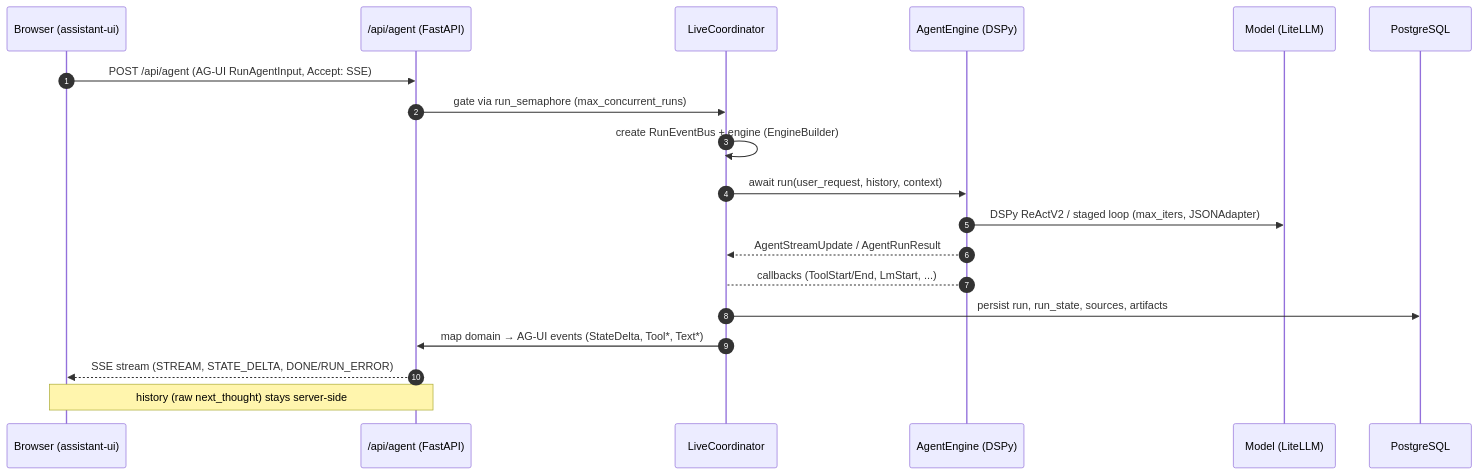
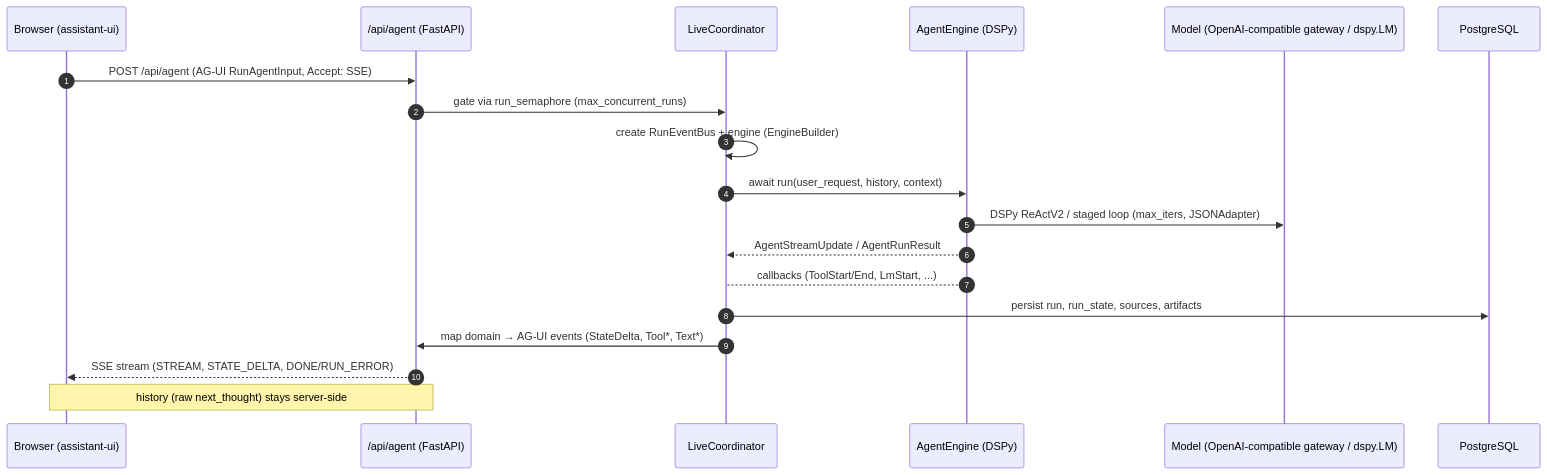
One commit to Qredence/fleet-agent changed the third of 5 diagrams in docs/architecture.md. Above: the diagram before and after it, drawn with Mermaid. The commit also changed other lines of this file and 123 other files, not shown here.

````diff
--- a/docs/architecture.md
+++ b/docs/architecture.md
@@ -107,22 +107,22 @@
 ```mermaid
 sequenceDiagram
     autonumber
     participant U as Browser (assistant-ui)
     participant A as /api/agent (FastAPI)
     participant LC as LiveCoordinator
     participant E as AgentEngine (DSPy)
-    participant LM as Model (LiteLLM)
+    participant LM as Model (OpenAI-compatible gateway / dspy.LM)
     participant P as PostgreSQL
 
     U->>A: POST /api/agent (AG-UI RunAgentInput, Accept: SSE)
     A->>LC: gate via run_semaphore (max_concurrent_runs)
     LC->>LC: create RunEventBus + engine (EngineBuilder)
     LC->>E: await run(user_request, history, context)
     E->>LM: DSPy ReActV2 / staged loop (max_iters, JSONAdapter)
     E-->>LC: AgentStreamUpdate / AgentRunResult
     E-->LC: callbacks (ToolStart/End, LmStart, ...)
     LC->>P: persist run, run_state, sources, artifacts
     LC->>A: map domain → AG-UI events (StateDelta, Tool*, Text*)
     A-->>U: SSE stream (STREAM, STATE_DELTA, DONE/RUN_ERROR)
     Note over A,U: history (raw next_thought) stays server-side
 ```
````
